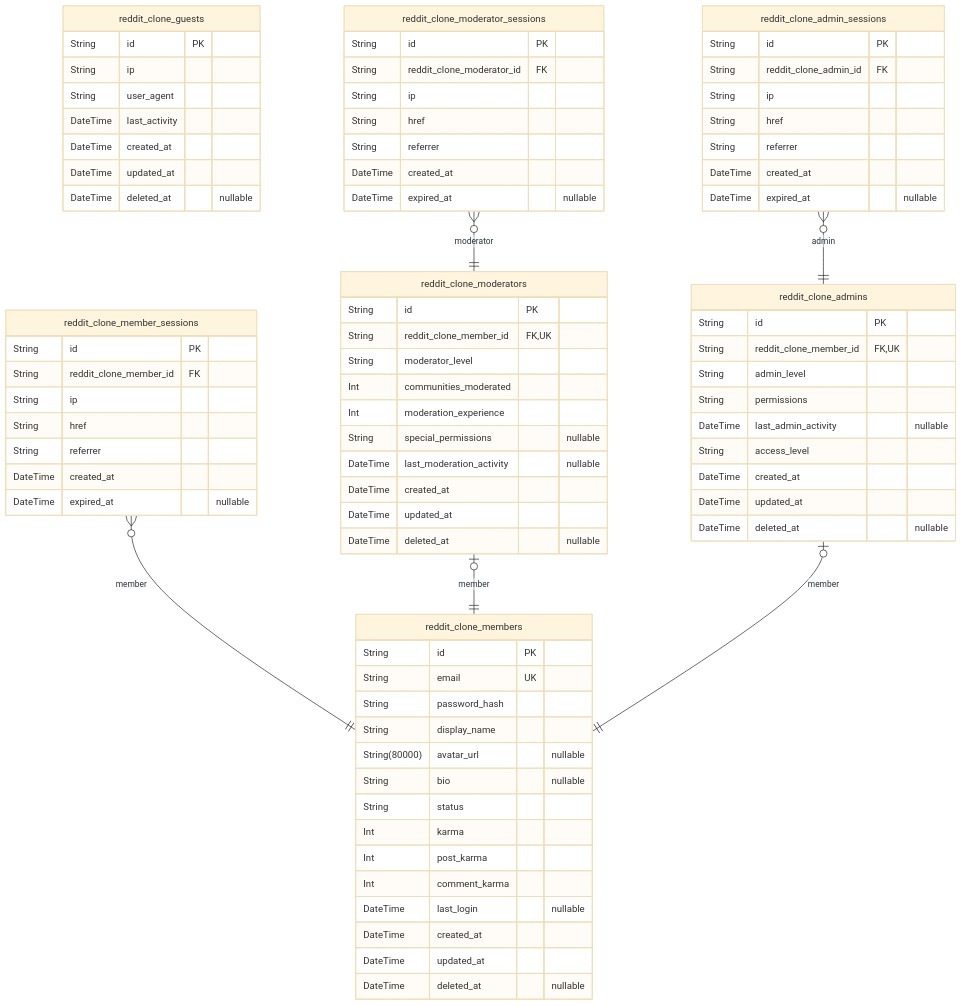
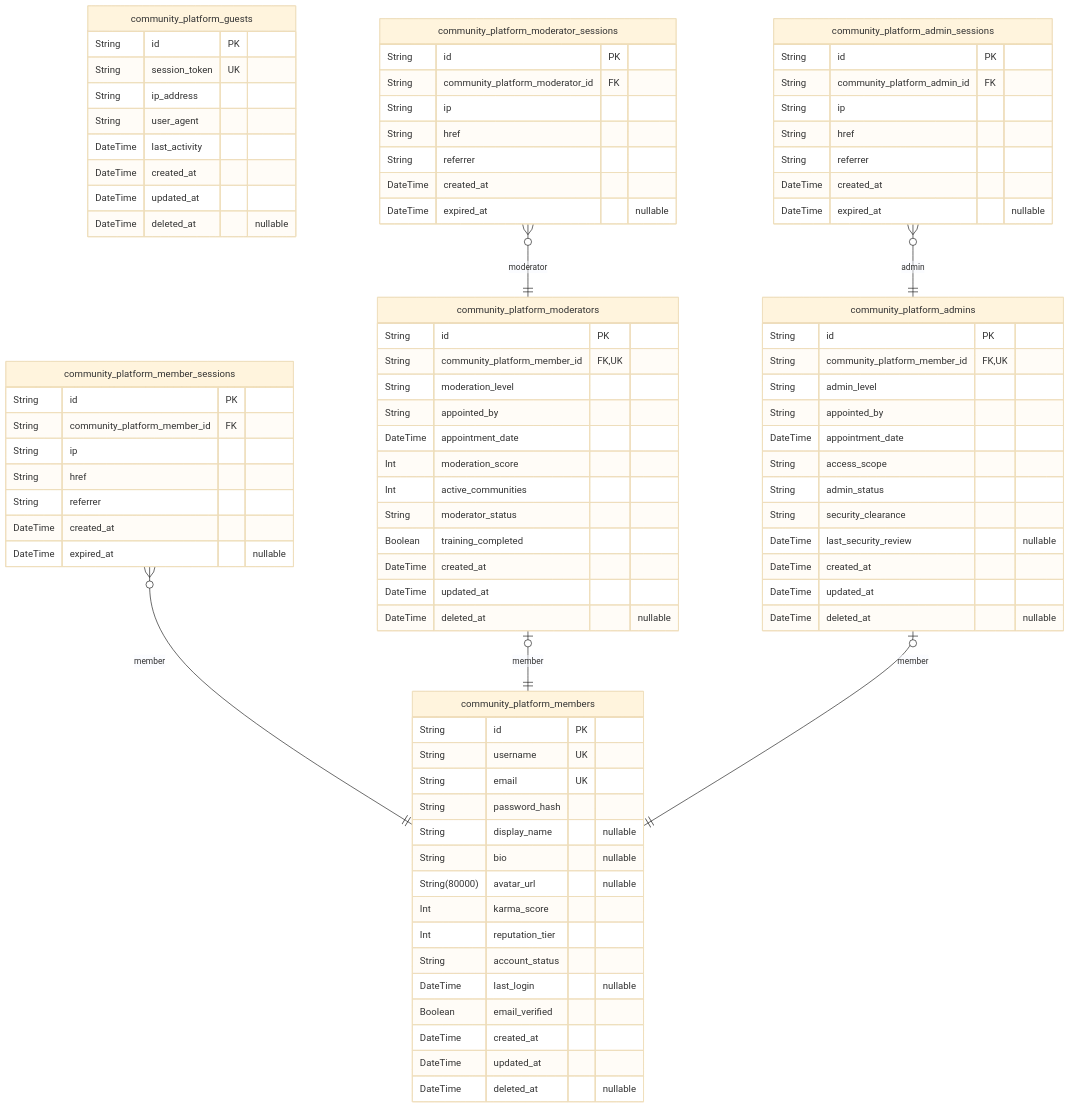
Before and after one commit to wrtnlabs/autobe-examples: the second of 10 diagrams in deepseek/deepseek-v3.1-terminus-exacto/reddit/docs/ERD.md, drawn with Mermaid (base theme). The commit also changed other lines of this file and 22498 other files, not shown here.

````diff
--- a/deepseek/deepseek-v3.1-terminus-exacto/reddit/docs/ERD.md
+++ b/deepseek/deepseek-v3.1-terminus-exacto/reddit/docs/ERD.md
@@ -120,83 +185,90 @@
 ```mermaid
 erDiagram
-"reddit_clone_guests" {
+"community_platform_guests" {
   String id PK
-  String ip
+  String session_token UK
+  String ip_address
   String user_agent
   DateTime last_activity
   DateTime created_at
   DateTime updated_at
   DateTime deleted_at "nullable"
 }
-"reddit_clone_members" {
+"community_platform_members" {
   String id PK
+  String username UK
   String email UK
   String password_hash
-  String display_name
+  String display_name "nullable"
+  String bio "nullable"
   String(80000) avatar_url "nullable"
-  String bio "nullable"
-  String status
-  Int karma
-  Int post_karma
-  Int comment_karma
+  Int karma_score
+  Int reputation_tier
+  String account_status
   DateTime last_login "nullable"
+  Boolean email_verified
   DateTime created_at
   DateTime updated_at
   DateTime deleted_at "nullable"
 }
-"reddit_clone_member_sessions" {
+"community_platform_member_sessions" {
   String id PK
-  String reddit_clone_member_id FK
+  String community_platform_member_id FK
   String ip
   String href
   String referrer
   DateTime created_at
   DateTime expired_at "nullable"
 }
-"reddit_clone_moderators" {
+"community_platform_moderators" {
   String id PK
-  String reddit_clone_member_id FK,UK
-  String moderator_level
-  Int communities_moderated
-  Int moderation_experience
-  String special_permissions "nullable"
-  DateTime last_moderation_activity "nullable"
+  String community_platform_member_id FK,UK
+  String moderation_level
+  String appointed_by
+  DateTime appointment_date
+  Int moderation_score
+  Int active_communities
+  String moderator_status
+  Boolean training_completed
   DateTime created_at
   DateTime updated_at
   DateTime deleted_at "nullable"
 }
-"reddit_clone_moderator_sessions" {
+"community_platform_moderator_sessions" {
   String id PK
-  String reddit_clone_moderator_id FK
+  String community_platform_moderator_id FK
   String ip
   String href
   String referrer
   DateTime created_at
   DateTime expired_at "nullable"
 }
-"reddit_clone_admins" {
+"community_platform_admins" {
   String id PK
-  String reddit_clone_member_id FK,UK
+  String community_platform_member_id FK,UK
   String admin_level
-  String permissions
-  DateTime last_admin_activity "nullable"
-  String access_level
+  String appointed_by
+  DateTime appointment_date
+  String access_scope
+  String admin_status
+  String security_clearance
+  DateTime last_security_review "nullable"
   DateTime created_at
   DateTime updated_at
   DateTime deleted_at "nullable"
 }
-"reddit_clone_admin_sessions" {
+"community_platform_admin_sessions" {
   String id PK
-  String reddit_clone_admin_id FK
+  String community_platform_admin_id FK
   String ip
   String href
   String referrer
   DateTime created_at
   DateTime expired_at "nullable"
 }
-"reddit_clone_member_sessions" }o--|| "reddit_clone_members" : member
-"reddit_clone_moderators" |o--|| "reddit_clone_members" : member
-"reddit_clone_moderator_sessions" }o--|| "reddit_clone_moderators" : moderator
-"reddit_clone_admins" |o--|| "reddit_clone_members" : member
-"reddit_clone_admin_sessions" }o--|| "reddit_clone_admins" : admin
+"community_platform_member_sessions" }o--|| "community_platform_members" : member
+"community_platform_moderators" |o--|| "community_platform_members" : member
+"community_platform_moderator_sessions" }o--|| "community_platform_moderators" : moderator
+"community_platform_admins" |o--|| "community_platform_members" : member
+"community_platform_admin_sessions" }o--|| "community_platform_admins" : admin
 ```
````
